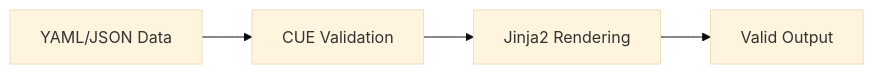
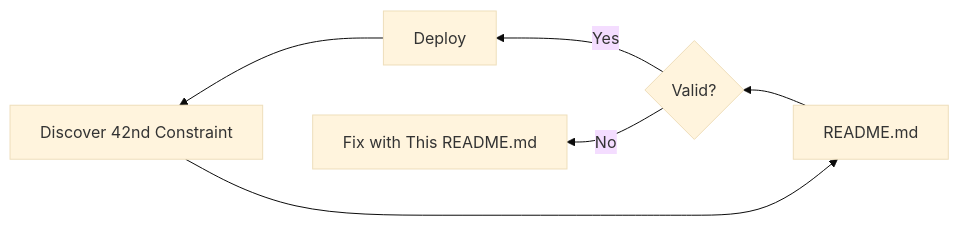
The diagram in README.md (crazystorm720/bounded_chaos), drawn with Mermaid (base theme) before and after one commit. The commit also changed other lines of this file, not shown here.

````diff
--- a/README.md
+++ b/README.md
@@ -780,4 +100,8 @@
 ```mermaid
-flowchart LR
-  A[YAML/JSON Data] --> B[CUE Validation] --> C[Jinja2 Rendering] --> D[Valid Output]
+graph RL
+    A[README.md] --> B{Valid?}
+    B -->|Yes| C[Deploy]
+    B -->|No| D[Fix with This README.md]
+    C --> E[Discover 42nd Constraint]
+    E --> A
 ```
````
